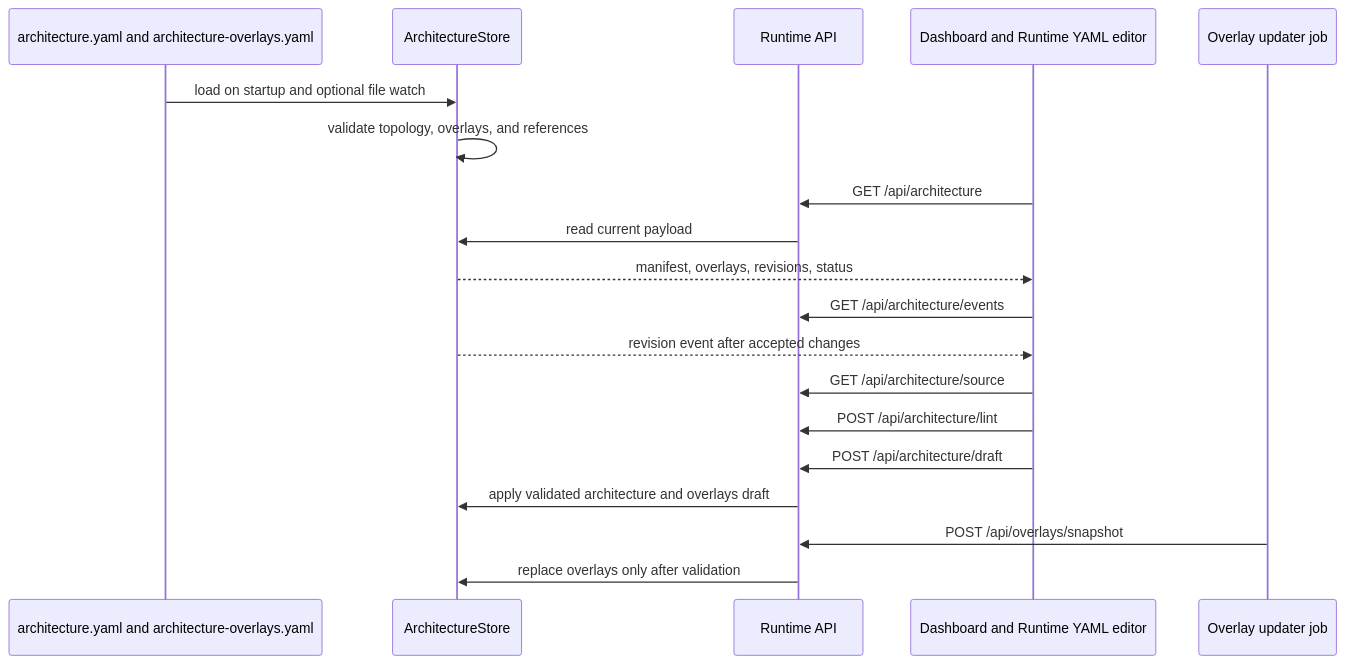
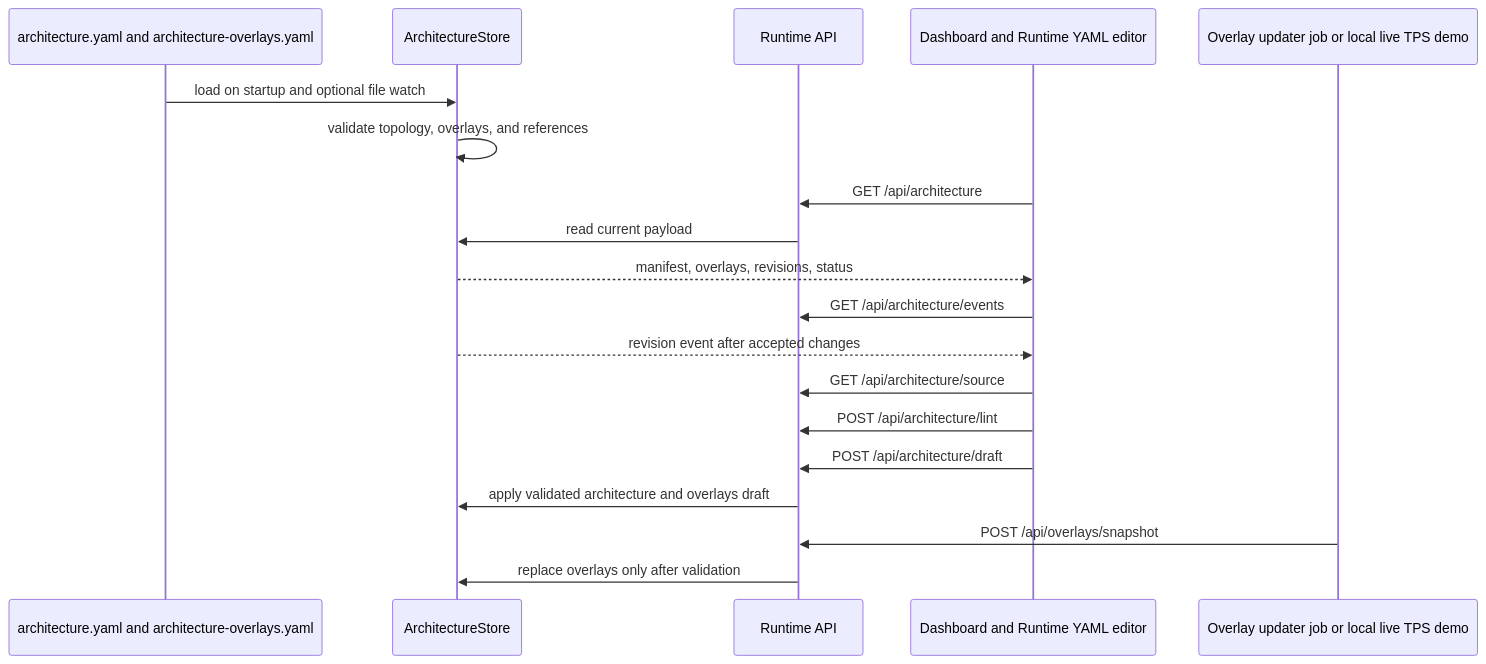
Before and after one commit to camerondurham/data-pipeline-traffic-visualizer: the diagram in README.md, drawn with Mermaid. The commit also changed other lines of this file and 6 other files, not shown here.

Commit message:
Add live TPS overlay demo

````diff
--- a/README.md
+++ b/README.md
@@ -35,22 +35,22 @@
 ```mermaid
 sequenceDiagram
   participant Files as architecture.yaml and architecture-overlays.yaml
   participant Store as ArchitectureStore
   participant API as Runtime API
   participant Browser as Dashboard and Runtime YAML editor
-  participant Updater as Overlay updater job
+  participant Updater as Overlay updater job or local live TPS demo
 
   Files->>Store: load on startup and optional file watch
   Store->>Store: validate topology, overlays, and references
   Browser->>API: GET /api/architecture
   API->>Store: read current payload
   Store-->>Browser: manifest, overlays, revisions, status
   Browser->>API: GET /api/architecture/events
   Store-->>Browser: revision event after accepted changes
   Browser->>API: GET /api/architecture/source
   Browser->>API: POST /api/architecture/lint
   Browser->>API: POST /api/architecture/draft
   API->>Store: apply validated architecture and overlays draft
   Updater->>API: POST /api/overlays/snapshot
   API->>Store: replace overlays only after validation
 ```
````
